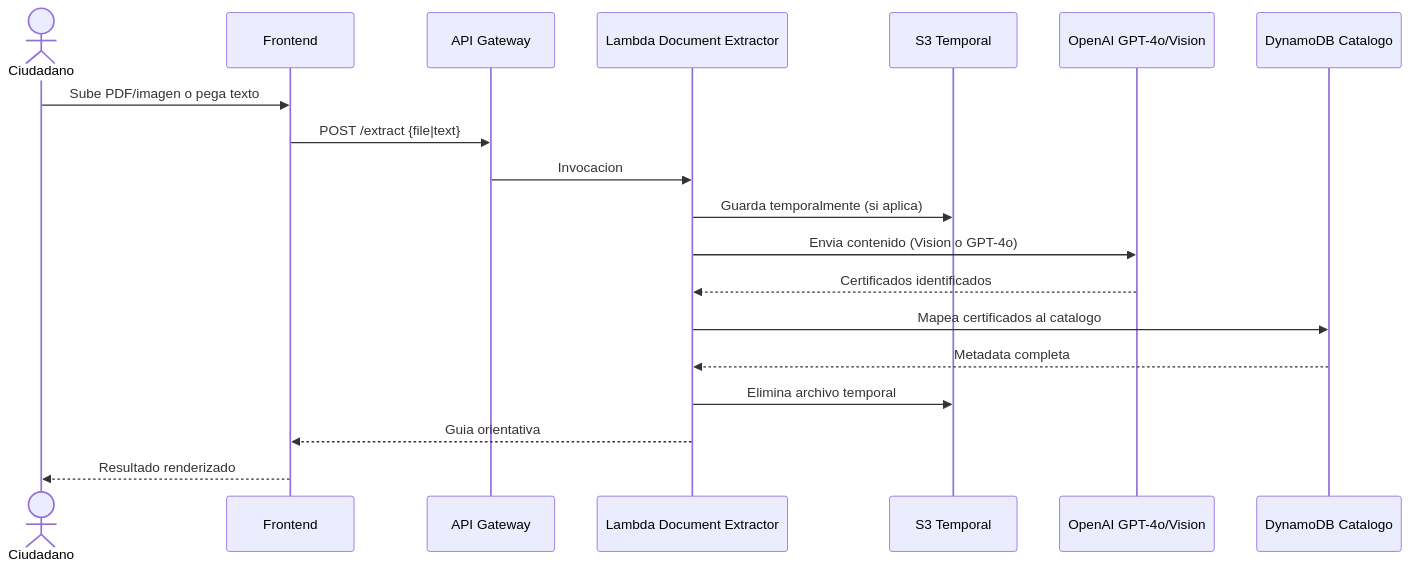
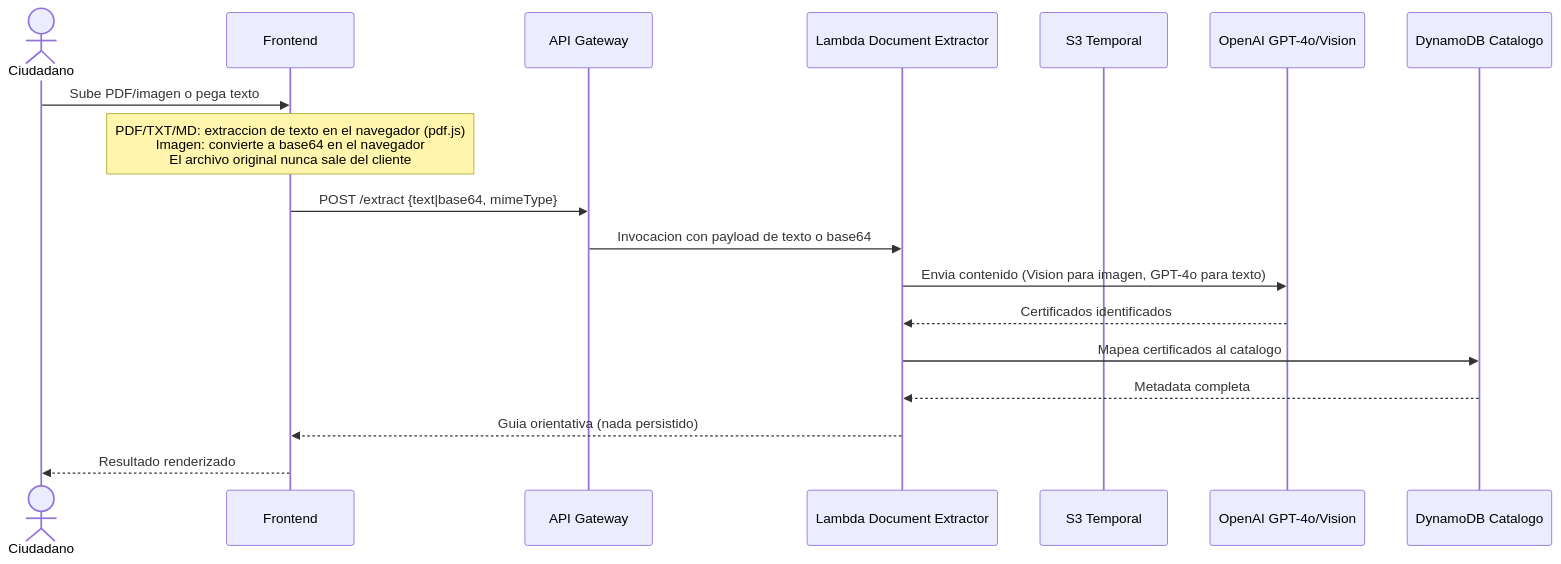
One commit to hdballestan/ISAIA_gupo1 changed the fifth of 7 diagrams in README.md. Above: the diagram before and after it, drawn with Mermaid. The commit also changed other lines of this file and 2 other files, not shown here.

````diff
--- a/README.md
+++ b/README.md
@@ -386,22 +382,21 @@
 ```mermaid
 sequenceDiagram
   actor Ciudadano
   participant Frontend
   participant APIGW as API Gateway
   participant LambdaX as Lambda Document Extractor
   participant S3 as S3 Temporal
   participant OpenAI as OpenAI GPT-4o/Vision
   participant DDB as DynamoDB Catalogo
 
   Ciudadano->>Frontend: Sube PDF/imagen o pega texto
-  Frontend->>APIGW: POST /extract {file|text}
-  APIGW->>LambdaX: Invocacion
-  LambdaX->>S3: Guarda temporalmente (si aplica)
-  LambdaX->>OpenAI: Envia contenido (Vision o GPT-4o)
+  Note over Frontend: PDF/TXT/MD: extraccion de texto en el navegador (pdf.js)<br/>Imagen: convierte a base64 en el navegador<br/>El archivo original nunca sale del cliente
+  Frontend->>APIGW: POST /extract {text|base64, mimeType}
+  APIGW->>LambdaX: Invocacion con payload de texto o base64
+  LambdaX->>OpenAI: Envia contenido (Vision para imagen, GPT-4o para texto)
   OpenAI-->>LambdaX: Certificados identificados
   LambdaX->>DDB: Mapea certificados al catalogo
   DDB-->>LambdaX: Metadata completa
-  LambdaX->>S3: Elimina archivo temporal
-  LambdaX-->>Frontend: Guia orientativa
+  LambdaX-->>Frontend: Guia orientativa (nada persistido)
   Frontend-->>Ciudadano: Resultado renderizado
 ```
````
